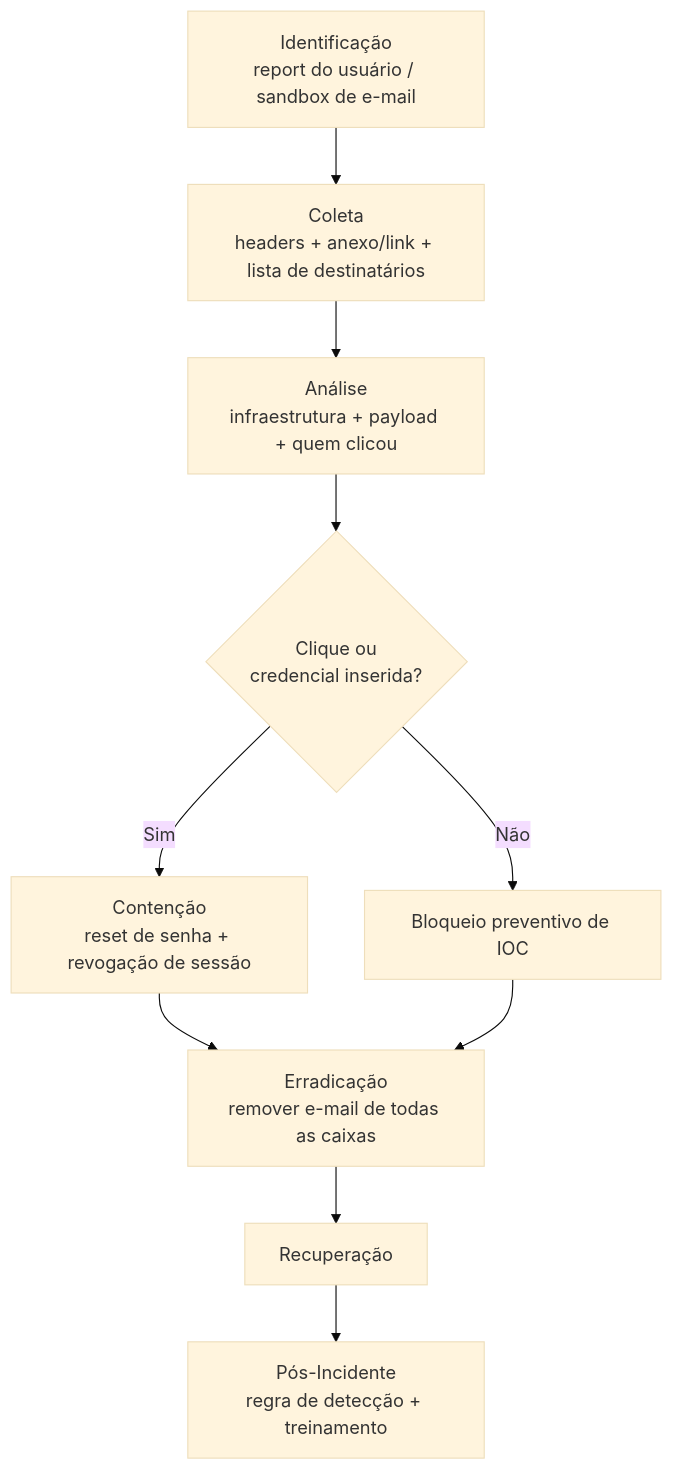
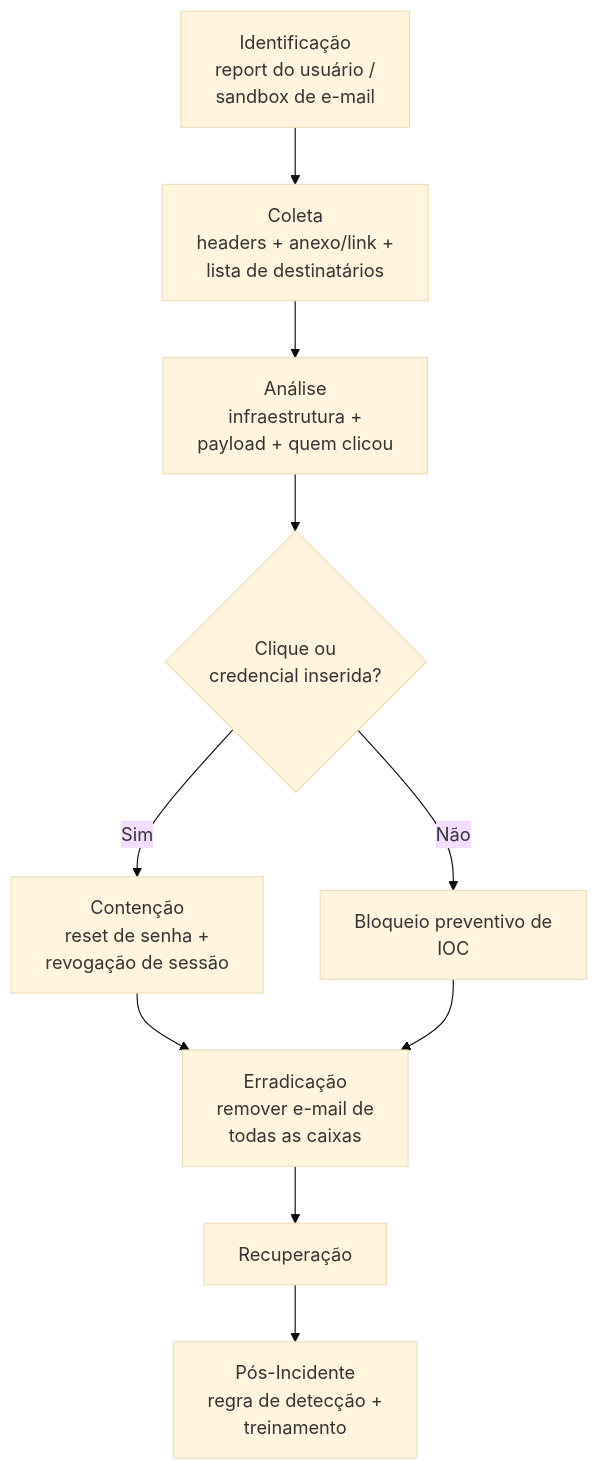
One commit to LuucasVerdun/Cyber-Attack-Analysis-Framework changed the diagram in Attack-Categories/Phishing/README.md. Above: the diagram before and after it, drawn with Mermaid (base theme). The commit also changed 28 other files, not shown here.

````diff
--- a/Attack-Categories/Phishing/README.md
+++ b/Attack-Categories/Phishing/README.md
@@ -44,12 +44,12 @@
 ```mermaid
 flowchart TD
-    A[Identificação<br/>report do usuário / sandbox de e-mail] --> B[Coleta<br/>headers + anexo/link + lista de destinatários]
-    B --> C[Análise<br/>infraestrutura + payload + quem clicou]
+    A[Identificação<br/>report do usuário /<br/>sandbox de e-mail] --> B[Coleta<br/>headers + anexo/link +<br/>lista de destinatários]
+    B --> C[Análise<br/>infraestrutura +<br/>payload + quem clicou]
     C --> D{Clique ou<br/>credencial inserida?}
-    D -->|Sim| E[Contenção<br/>reset de senha + revogação de sessão]
-    D -->|Não| F[Bloqueio preventivo de IOC]
-    E --> G[Erradicação<br/>remover e-mail de todas as caixas]
+    D -->|Sim| E[Contenção<br/>reset de senha +<br/>revogação de sessão]
+    D -->|Não| F[Bloqueio preventivo de<br/>IOC]
+    E --> G[Erradicação<br/>remover e-mail de<br/>todas as caixas]
     F --> G
     G --> H[Recuperação]
-    H --> I[Pós-Incidente<br/>regra de detecção + treinamento]
+    H --> I[Pós-Incidente<br/>regra de detecção +<br/>treinamento]
 ```
````
